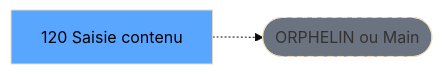
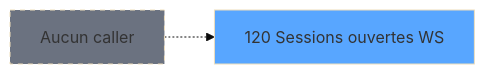
The second of 3 diagrams in .openspec/specs/ADH-IDE-120.md (thonyAGP/magic-migration), drawn with Mermaid (base theme) before and after one commit. The commit also changed other lines of this file and 311 other files, not shown here.

````diff
--- a/.openspec/specs/ADH-IDE-120.md
+++ b/.openspec/specs/ADH-IDE-120.md
@@ -147,8 +146,8 @@
 ```mermaid
 graph LR
-    T[120 Saisie contenu ]
-    ORPHAN([ORPHELIN ou Main])
-    T -.-> ORPHAN
-    style T fill:#58a6ff,color:#000
-    style ORPHAN fill:#6b7280,stroke-dasharray: 5 5
+    T120[120 Sessions ouvertes WS]
+    style T120 fill:#58a6ff
+    NONE[Aucun caller]
+    NONE -.-> T120
+    style NONE fill:#6b7280,stroke-dasharray: 5 5
 ```
````
